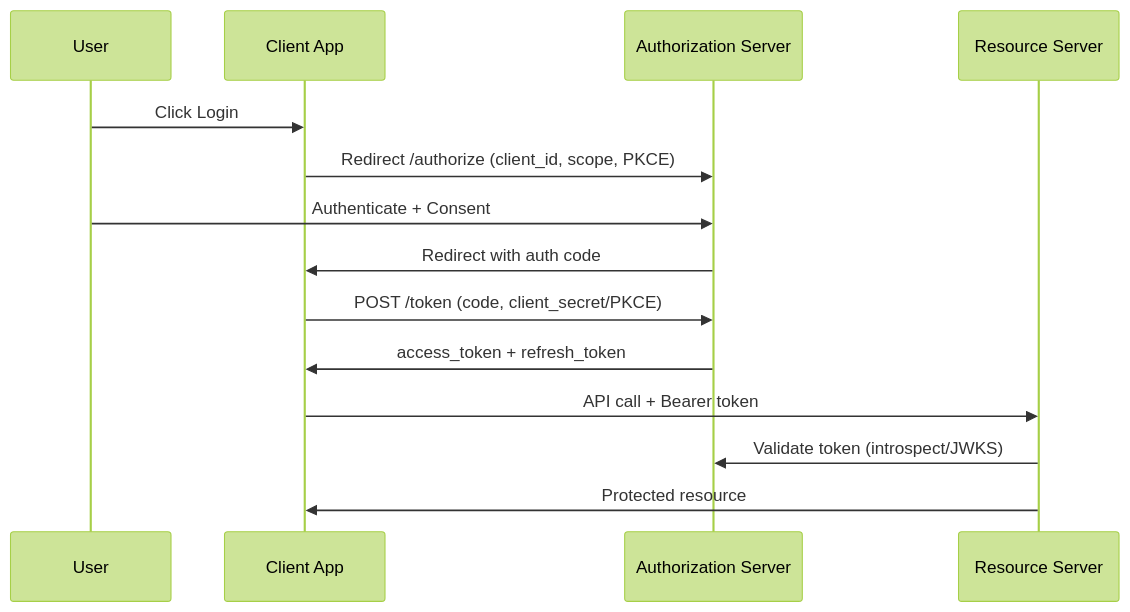
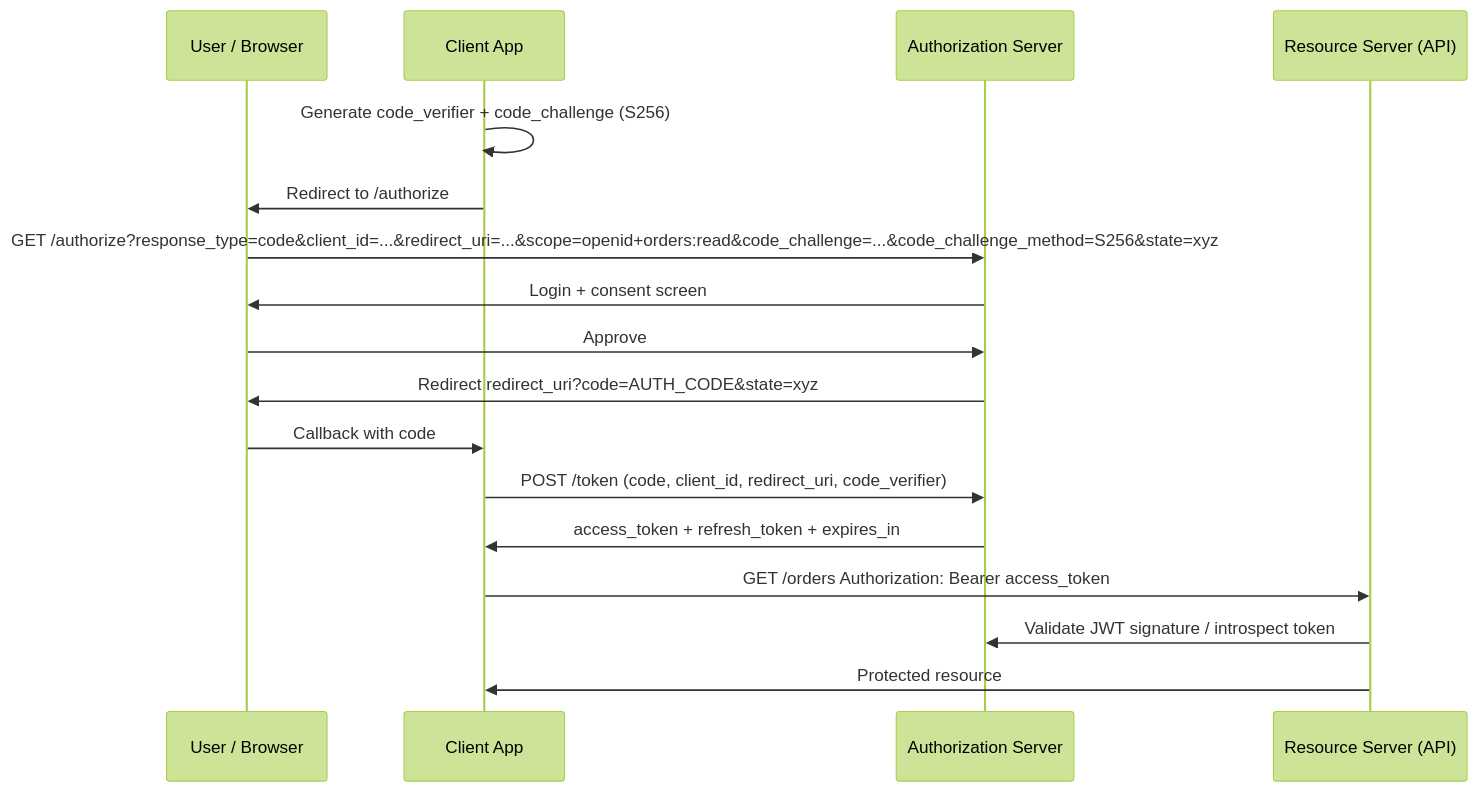
One commit to hareramcse/SystemDesign changed the fourth of 25 diagrams in 10-security/README.md. Above: the diagram before and after it, drawn with Mermaid (forest theme). The commit also changed other lines of this file and 14 other files, not shown here.

````diff
--- a/10-security/README.md
+++ b/10-security/README.md
@@ -215,17 +240,20 @@
 ```mermaid
 sequenceDiagram
-    participant U as User
+    participant U as User / Browser
     participant C as Client App
     participant AS as Authorization Server
-    participant RS as Resource Server
+    participant RS as Resource Server (API)
 
-    U->>C: Click Login
-    C->>AS: Redirect /authorize (client_id, scope, PKCE)
-    U->>AS: Authenticate + Consent
-    AS->>C: Redirect with auth code
-    C->>AS: POST /token (code, client_secret/PKCE)
-    AS->>C: access_token + refresh_token
-    C->>RS: API call + Bearer token
-    RS->>AS: Validate token (introspect/JWKS)
+    C->>C: Generate code_verifier + code_challenge (S256)
+    C->>U: Redirect to /authorize
+    U->>AS: GET /authorize?response_type=code&client_id=...&redirect_uri=...&scope=openid+orders:read&code_challenge=...&code_challenge_method=S256&state=xyz
+    AS->>U: Login + consent screen
+    U->>AS: Approve
+    AS->>U: Redirect redirect_uri?code=AUTH_CODE&state=xyz
+    U->>C: Callback with code
+    C->>AS: POST /token (code, client_id, redirect_uri, code_verifier)
+    AS->>C: access_token + refresh_token + expires_in
+    C->>RS: GET /orders Authorization: Bearer access_token
+    RS->>AS: Validate JWT signature / introspect token
     RS->>C: Protected resource
 ```
````
